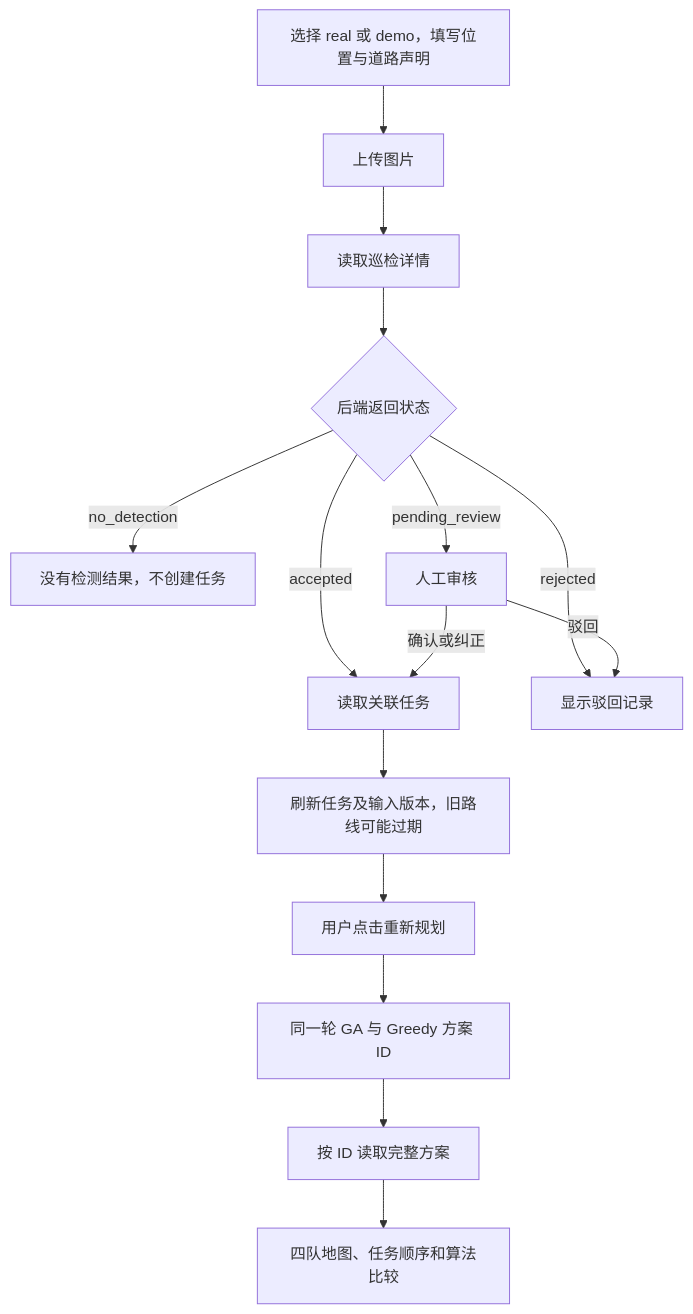
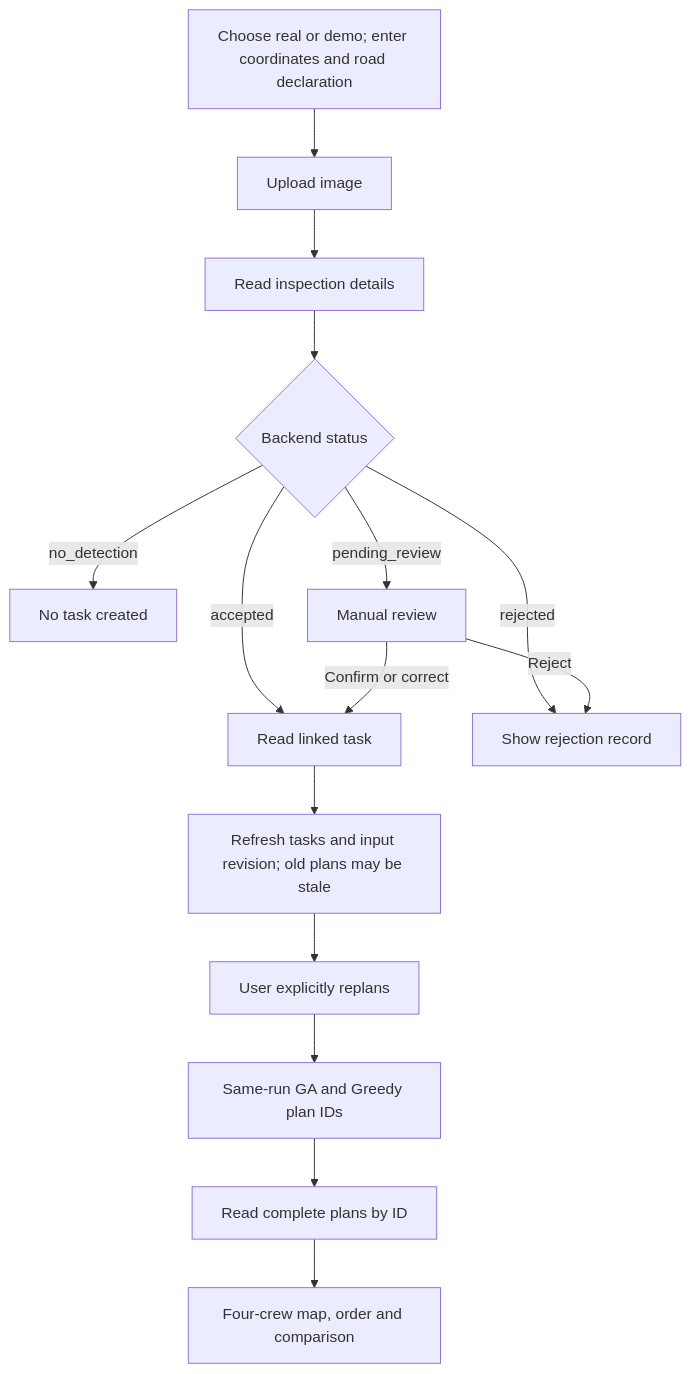
Before and after one commit to HUERJI-code/IRS-PM-2026-08-17-AIS08FT-GRP-Group37-RoadGuard: the first of 2 diagrams in SystemCode/frontend/docs/PAGE_FLOW.md, drawn with Mermaid. The commit also changed other lines of this file and 116 other files, not shown here.

````diff
--- a/SystemCode/frontend/docs/PAGE_FLOW.md
+++ b/SystemCode/frontend/docs/PAGE_FLOW.md
@@ -24,17 +24,17 @@
 ```mermaid
 flowchart TD
-  A[选择 real 或 demo，填写位置与道路声明] --> B[上传图片]
-  B --> C[读取巡检详情]
-  C --> D{后端返回状态}
-  D -->|no_detection| E[没有检测结果，不创建任务]
-  D -->|pending_review| F[人工审核]
-  D -->|accepted| G[读取关联任务]
-  D -->|rejected| H[显示驳回记录]
-  F -->|确认或纠正| G
-  F -->|驳回| H
-  G --> I[刷新任务及输入版本，旧路线可能过期]
-  I --> J[用户点击重新规划]
-  J --> K[同一轮 GA 与 Greedy 方案 ID]
-  K --> L[按 ID 读取完整方案]
-  L --> M[四队地图、任务顺序和算法比较]
+  A[Choose real or demo; enter coordinates and road declaration] --> B[Upload image]
+  B --> C[Read inspection details]
+  C --> D{Backend status}
+  D -->|no_detection| E[No task created]
+  D -->|pending_review| F[Manual review]
+  D -->|accepted| G[Read linked task]
+  D -->|rejected| H[Show rejection record]
+  F -->|Confirm or correct| G
+  F -->|Reject| H
+  G --> I[Refresh tasks and input revision; old plans may be stale]
+  I --> J[User explicitly replans]
+  J --> K[Same-run GA and Greedy plan IDs]
+  K --> L[Read complete plans by ID]
+  L --> M[Four-crew map, order and comparison]
 ```
````
